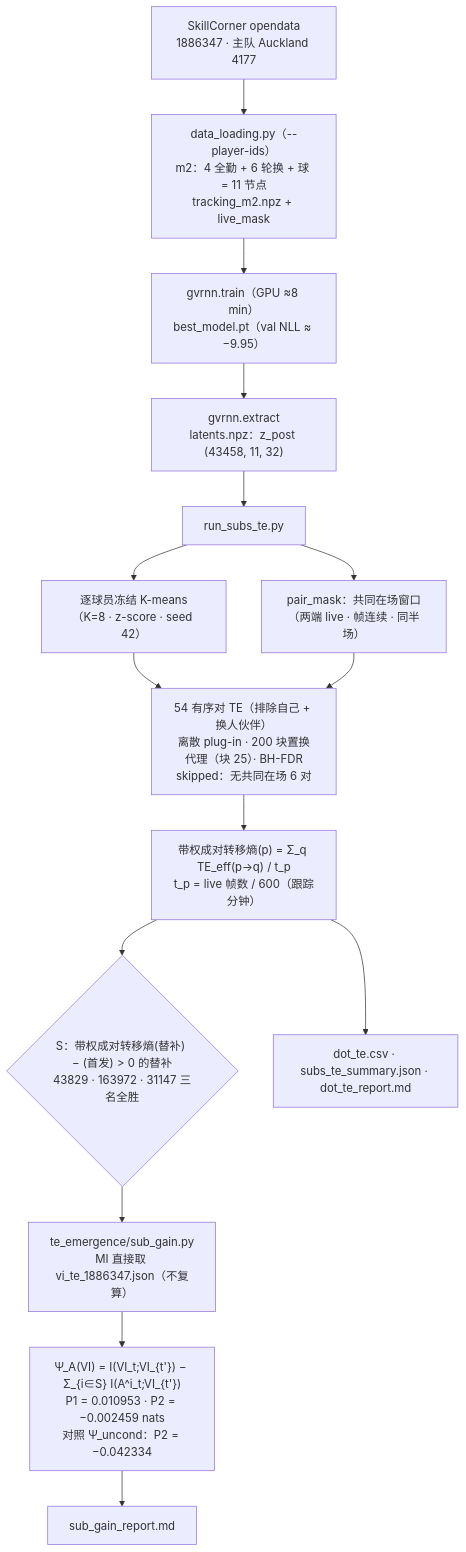
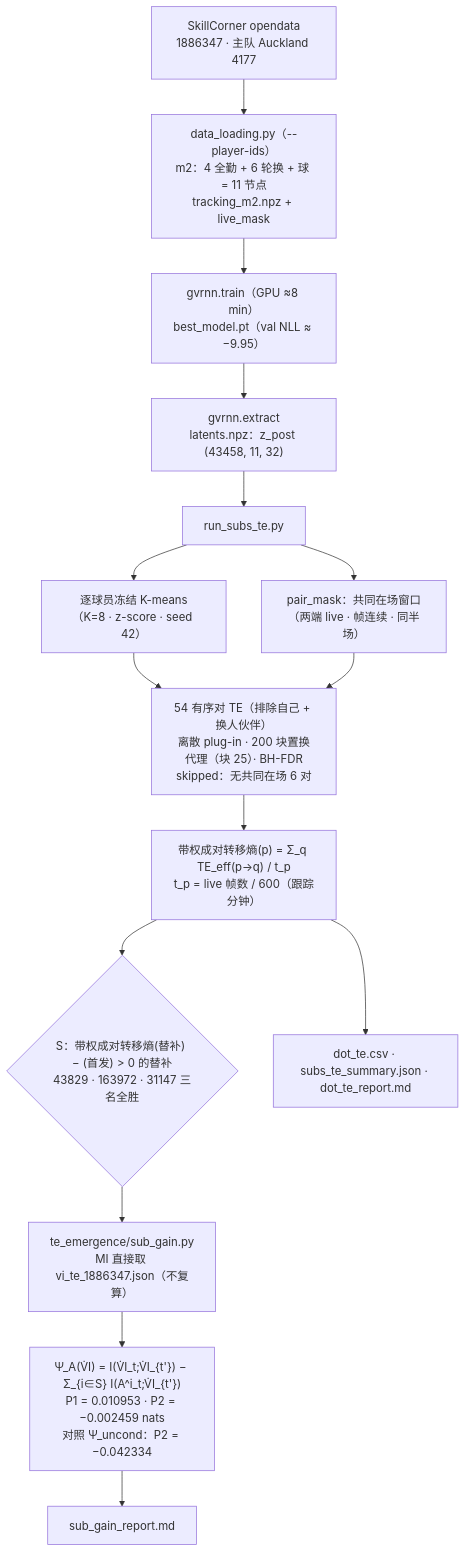
One commit to han-jiahe/gvrnn-te changed the diagram in PROTOCOL.md. Above: the diagram before and after it, drawn with Mermaid. The commit also changed other lines of this file and 7 other files, not shown here.

````diff
--- a/PROTOCOL.md
+++ b/PROTOCOL.md
@@ -237,17 +239,17 @@
 ```mermaid
 flowchart TD
   A["SkillCorner opendata<br/>1886347 · 主队 Auckland 4177"] --> B["data_loading.py（--player-ids）<br/>m2：4 全勤 + 6 轮换 + 球 = 11 节点<br/>tracking_m2.npz + live_mask"]
   B --> C["gvrnn.train（GPU ≈8 min）<br/>best_model.pt（val NLL ≈ −9.95）"]
   C --> D["gvrnn.extract<br/>latents.npz：z_post (43458, 11, 32)"]
   D --> E["run_subs_te.py"]
   E --> E1["逐球员冻结 K-means<br/>（K=8 · z-score · seed 42）"]
   E --> E2["pair_mask：共同在场窗口<br/>（两端 live · 帧连续 · 同半场）"]
   E1 --> F["54 有序对 TE（排除自己 + 换人伙伴）<br/>离散 plug-in · 200 块置换代理（块 25）· BH-FDR<br/>skipped：无共同在场 6 对"]
   E2 --> F
   F --> G["带权成对转移熵(p) = Σ_q TE_eff(p→q) / t_p<br/>t_p = live 帧数 / 600（跟踪分钟）"]
   G --> H{"S：带权成对转移熵(替补) − (首发) > 0 的替补<br/>43829 · 163972 · 31147 三名全胜"}
   G --> K["dot_te.csv · subs_te_summary.json · dot_te_report.md"]
   H --> I["te_emergence/sub_gain.py<br/>MI 直接取 vi_te_1886347.json（不复算）"]
-  I --> J["Ψ_A(VI) = I(VI_t;VI_{t'}) − Σ_{i∈S} I(A^i_t;VI_{t'})<br/>P1 = 0.010953 · P2 = −0.002459 nats<br/>对照 Ψ_uncond：P2 = −0.042334"]
+  I --> J["Ψ_A(V̇I) = I(V̇I_t;V̇I_{t'}) − Σ_{i∈S} I(A^i_t;V̇I_{t'})<br/>P1 = 0.010953 · P2 = −0.002459 nats<br/>对照 Ψ_uncond：P2 = −0.042334"]
   J --> L["sub_gain_report.md"]
 ```
````
